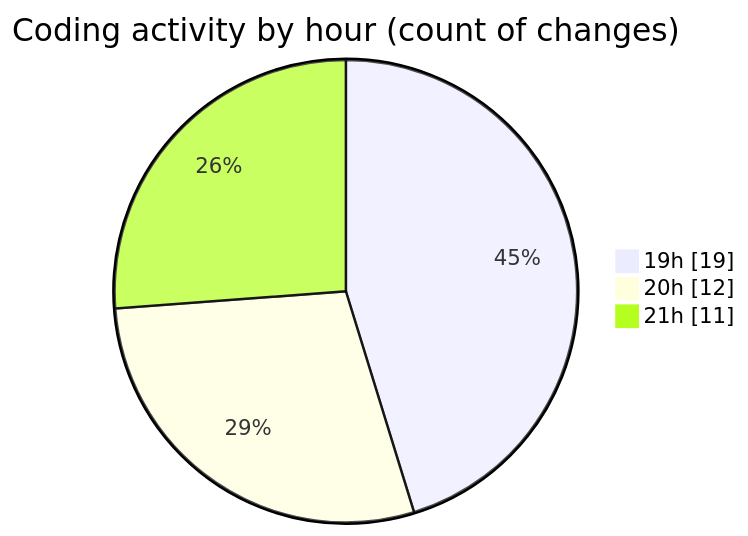
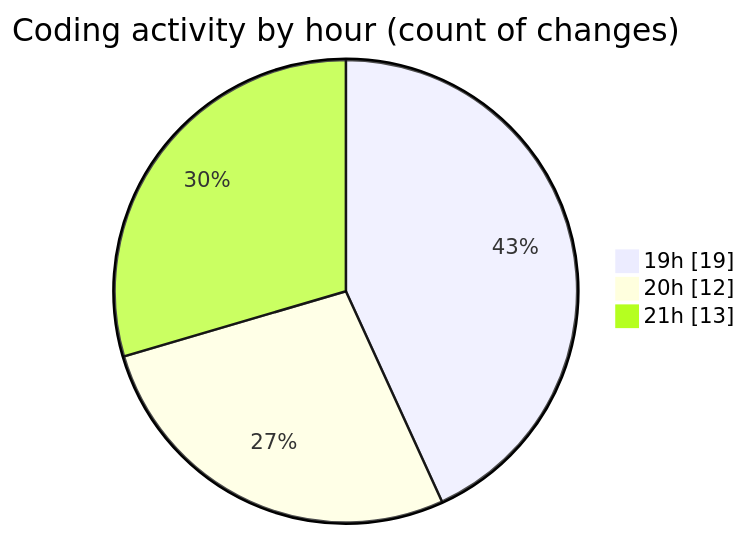
Before and after one commit to lephambinh05/code-tracking: the second of 2 diagrams in 2025-07-28/quanlyrapchieuphim-2/README.md, drawn with Mermaid. The commit also changed other lines of this file and 1 other file, not shown here.

````diff
--- a/2025-07-28/quanlyrapchieuphim-2/README.md
+++ b/2025-07-28/quanlyrapchieuphim-2/README.md
@@ -46,7 +47,7 @@
 ```mermaid
 pie showData
 title Coding activity by hour (count of changes)
 "19h" : 19
 "20h" : 12
-"21h" : 11
+"21h" : 13
 ```
````
